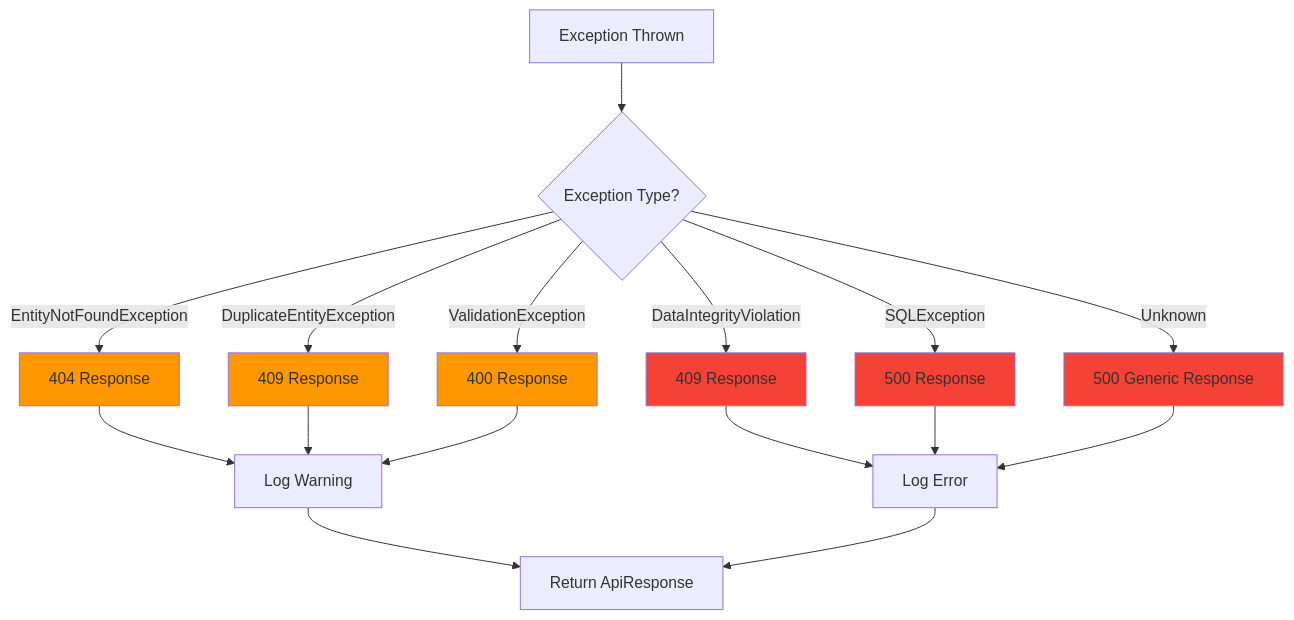
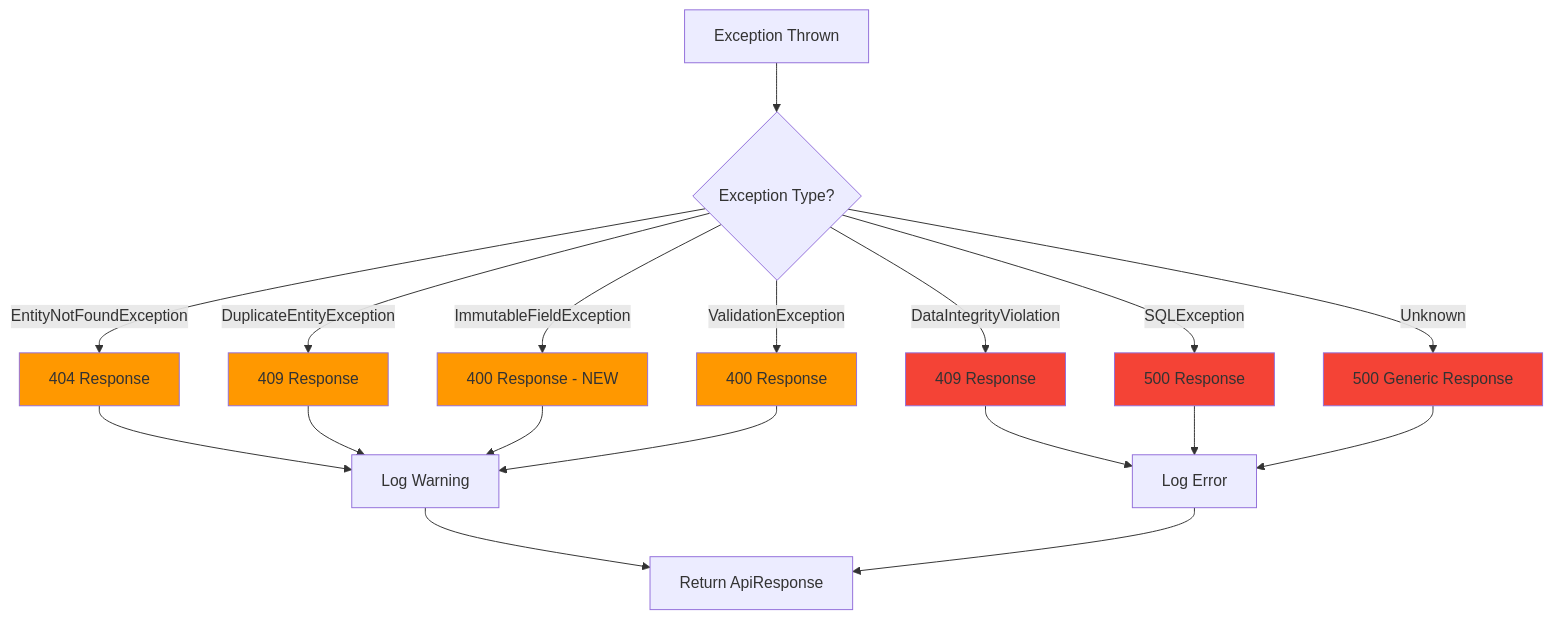
Before and after one commit to sachinnimbal/crudx-starter: diagram 25 of 26 in TECHNICAL_DOCUMENTATION.md, drawn with Mermaid. The commit also changed other lines of this file and 1 other file, not shown here.

````diff
--- a/TECHNICAL_DOCUMENTATION.md
+++ b/TECHNICAL_DOCUMENTATION.md
@@ -901,24 +3065,27 @@
 ```mermaid
 flowchart TD
     A[Exception Thrown] --> B{Exception Type?}
     B -->|EntityNotFoundException| C[404 Response]
     B -->|DuplicateEntityException| D[409 Response]
-    B -->|ValidationException| E[400 Response]
-    B -->|DataIntegrityViolation| F[409 Response]
-    B -->|SQLException| G[500 Response]
-    B -->|Unknown| H[500 Generic Response]
-    C --> I[Log Warning]
-    D --> I
-    E --> I
-    F --> J[Log Error]
-    G --> J
-    H --> J
-    I --> K[Return ApiResponse]
-    J --> K
+    B -->|ImmutableFieldException| E[400 Response - NEW]
+    B -->|ValidationException| F[400 Response]
+    B -->|DataIntegrityViolation| G[409 Response]
+    B -->|SQLException| H[500 Response]
+    B -->|Unknown| I[500 Generic Response]
+    C --> J[Log Warning]
+    D --> J
+    E --> J
+    F --> J
+    G --> K[Log Error]
+    H --> K
+    I --> K
+    J --> L[Return ApiResponse]
+    K --> L
     style C fill: #FF9800
     style D fill: #FF9800
     style E fill: #FF9800
-    style F fill: #f44336
+    style F fill: #FF9800
     style G fill: #f44336
     style H fill: #f44336
+    style I fill: #f44336
 ```
````
